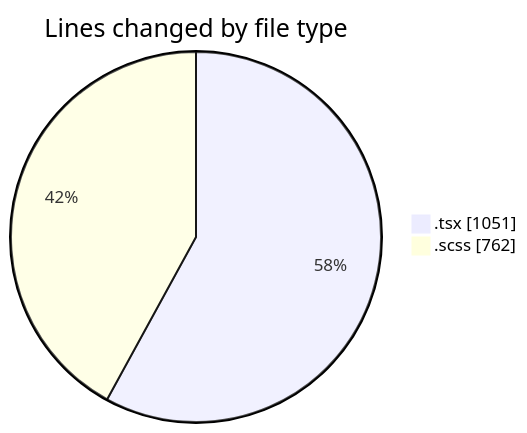
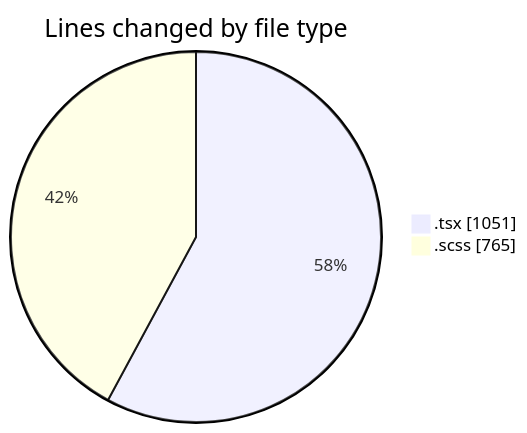
Before and after one commit to momahboobian/code-tracking: the first of 2 diagrams in 2025-10-06/cda/README.md, drawn with Mermaid. The commit also changed other lines of this file and 1 other file, not shown here.

````diff
--- a/2025-10-06/cda/README.md
+++ b/2025-10-06/cda/README.md
@@ -24,6 +24,6 @@
 ```mermaid
 pie showData
 title Lines changed by file type
 ".tsx" : 1051
-".scss" : 762
+".scss" : 765
 ```
````
